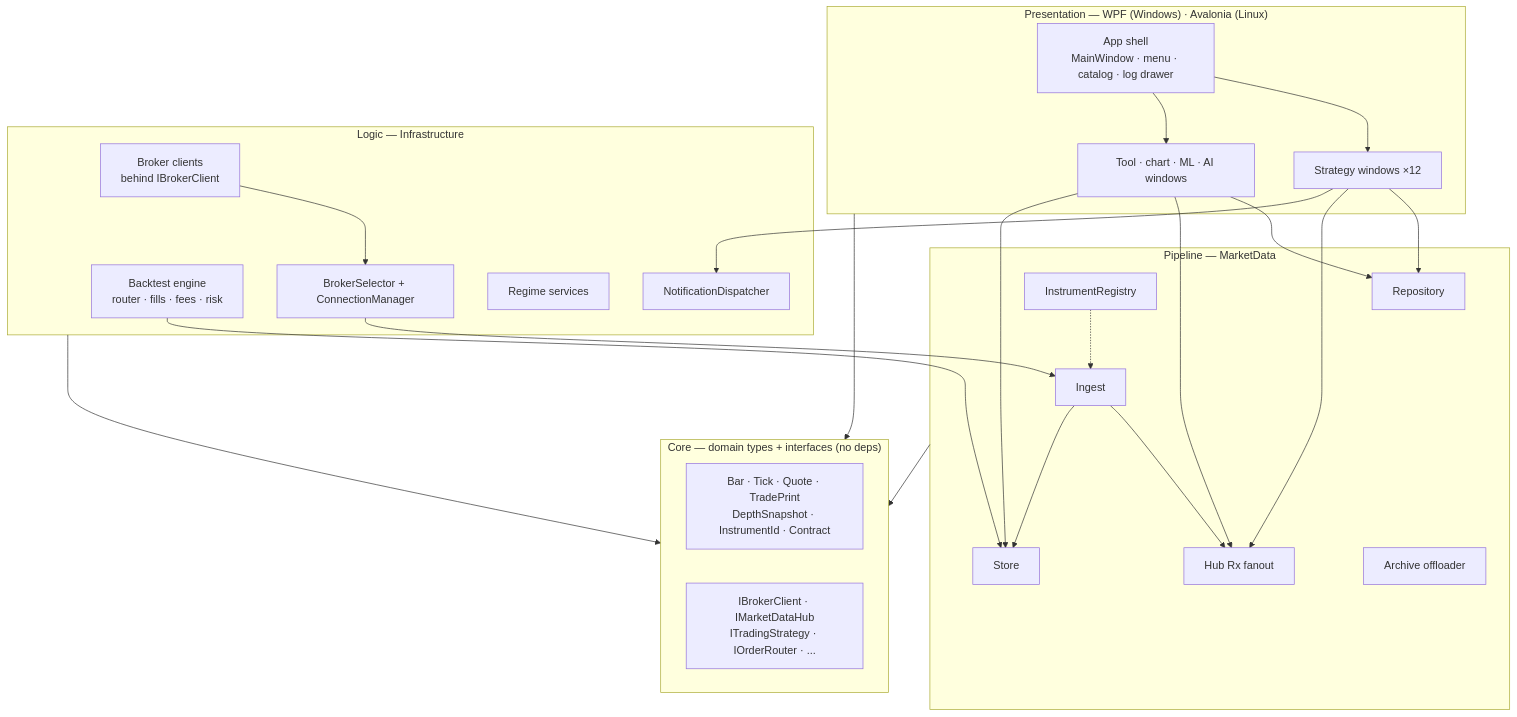
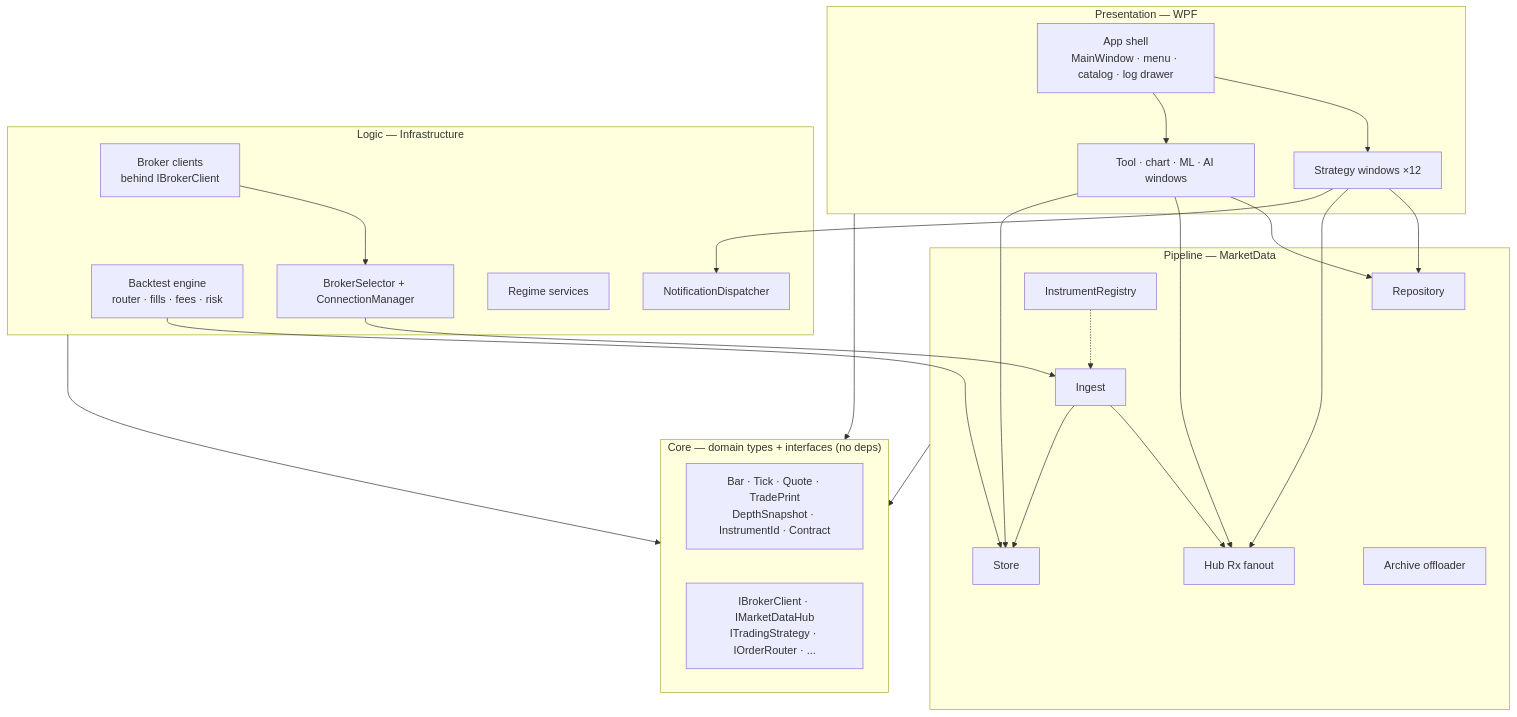
The first of 3 diagrams in docs/architecture.md (dhruuvsharma/DaxAlgo-Terminal), drawn with Mermaid before and after one commit. The commit also changed other lines of this file and 157 other files, not shown here.

````diff
--- a/docs/architecture.md
+++ b/docs/architecture.md
@@ -67,39 +43,39 @@
 ```mermaid
 flowchart TB
-    subgraph UI["Presentation — WPF (Windows) · Avalonia (Linux)"]
+    subgraph UI["Presentation — WPF"]
         SHELL[App shell<br/>MainWindow · menu · catalog · log drawer]
         SW[Strategy windows ×12]
         TW[Tool · chart · ML · AI windows]
     end
     subgraph LOGIC["Logic — Infrastructure"]
         BCLIENTS[Broker clients<br/>behind IBrokerClient]
         BSEL[BrokerSelector + ConnectionManager]
         ENGINE[Backtest engine<br/>router · fills · fees · risk]
         NOTIF[NotificationDispatcher]
         REGIME[Regime services]
     end
     subgraph PIPE["Pipeline — MarketData"]
         INGEST[Ingest]
         HUB[Hub Rx fanout]
         REPO[Repository]
         STOREI[Store]
         ARCH[Archive offloader]
         REG[InstrumentRegistry]
     end
     subgraph CORE["Core — domain types + interfaces (no deps)"]
         TYPES[Bar · Tick · Quote · TradePrint<br/>DepthSnapshot · InstrumentId · Contract]
         IFACES[IBrokerClient · IMarketDataHub<br/>ITradingStrategy · IOrderRouter · ...]
     end
 
     SHELL --> SW & TW
     SW --> REPO & HUB
     TW --> REPO & HUB & STOREI
     SW --> NOTIF
     BCLIENTS --> BSEL --> INGEST
     INGEST --> HUB & STOREI
     REG -.-> INGEST
     ENGINE --> STOREI
     LOGIC --> CORE
     PIPE --> CORE
     UI --> CORE
 ```
````
